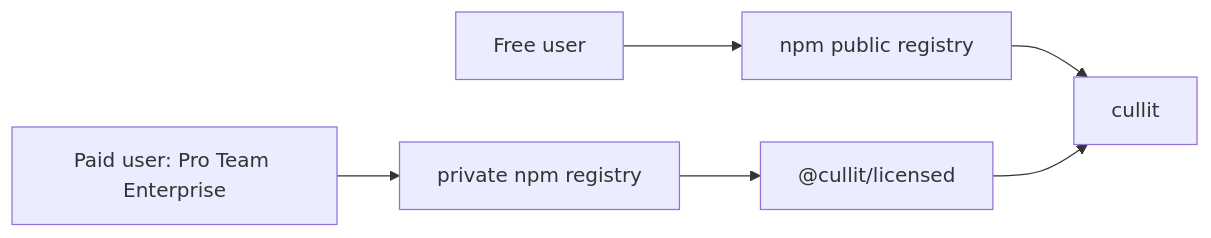
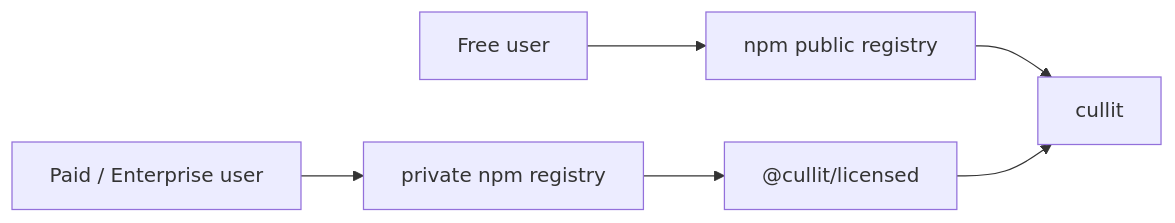
Before and after one commit to actions-marketplace-validations/mttaylor_cullit: the second of 6 diagrams in architecture-docs/ARCHITECTURE_INTERNAL.md, drawn with Mermaid. The commit also changed other lines of this file and 11 other files, not shown here.

First line of the commit message:
docs: consolidate pricing tiers to Free/Paid/Enterprise

````diff
--- a/architecture-docs/ARCHITECTURE_INTERNAL.md
+++ b/architecture-docs/ARCHITECTURE_INTERNAL.md
@@ -40,13 +40,13 @@
 ```mermaid
 flowchart LR
   PublicUser["Free user"]
-  PaidUser["Paid user: Pro Team Enterprise"]
+  PaidUser["Paid / Enterprise user"]
   NpmPublic["npm public registry"]
   NpmPrivate["private npm registry"]
   PublicPkg["cullit"]
   LicensedPkg["@cullit/licensed"]
 
   PublicUser --> NpmPublic --> PublicPkg
   PaidUser --> NpmPrivate --> LicensedPkg
   LicensedPkg --> PublicPkg
 ```
````
